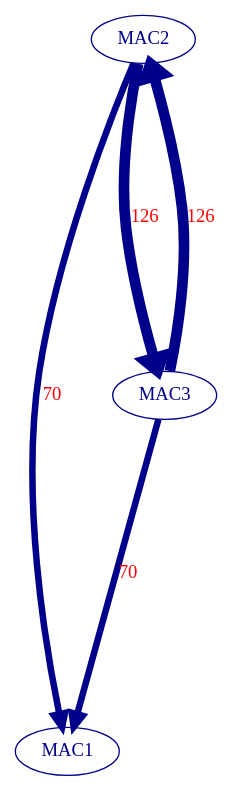
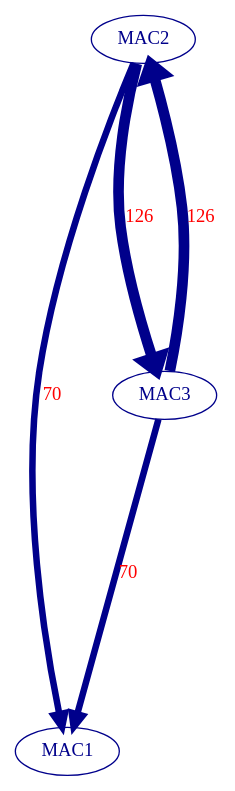
One commit to Alfredo-Vargas/nap changed the diagram in test-output/ethernet_conversation_neato.gv. Above: the diagram before and after it, drawn with Graphviz. The commit also changed 32 other files, not shown here.

```diff
--- a/test-output/ethernet_conversation_neato.gv
+++ b/test-output/ethernet_conversation_neato.gv
@@ -1,11 +1,11 @@
 // Ethernet Conversations neato engine
 digraph {
 	graph [nodesep=1 ranksep=3]
 	"33.33.00.00.00.02" [label=MAC1 color=darkblue fontcolor=darkblue]
-	"00.16.3e.5e.6c.00" [label=MAC2 color=darkblue fontcolor=darkblue]
-	"fe.ff.ff.ff.ff.ff" [label=MAC3 color=darkblue fontcolor=darkblue]
+	"fe.ff.ff.ff.ff.ff" [label=MAC2 color=darkblue fontcolor=darkblue]
+	"00.16.3e.5e.6c.00" [label=MAC3 color=darkblue fontcolor=darkblue]
+	"00.16.3e.5e.6c.00" -> "33.33.00.00.00.02" [label=70 color=darkblue fontcolor=red labeldistance=0 penwidth=4.888888888888889]
 	"00.16.3e.5e.6c.00" -> "fe.ff.ff.ff.ff.ff" [label=126 color=darkblue fontcolor=red labeldistance=0 penwidth=8.0]
-	"00.16.3e.5e.6c.00" -> "33.33.00.00.00.02" [label=70 color=darkblue fontcolor=red labeldistance=0 penwidth=4.888888888888889]
+	"fe.ff.ff.ff.ff.ff" -> "00.16.3e.5e.6c.00" [label=126 color=darkblue fontcolor=red labeldistance=0 penwidth=8.0]
 	"fe.ff.ff.ff.ff.ff" -> "33.33.00.00.00.02" [label=70 color=darkblue fontcolor=red labeldistance=0 penwidth=4.888888888888889]
-	"fe.ff.ff.ff.ff.ff" -> "00.16.3e.5e.6c.00" [label=126 color=darkblue fontcolor=red labeldistance=0 penwidth=8.0]
 }
```
